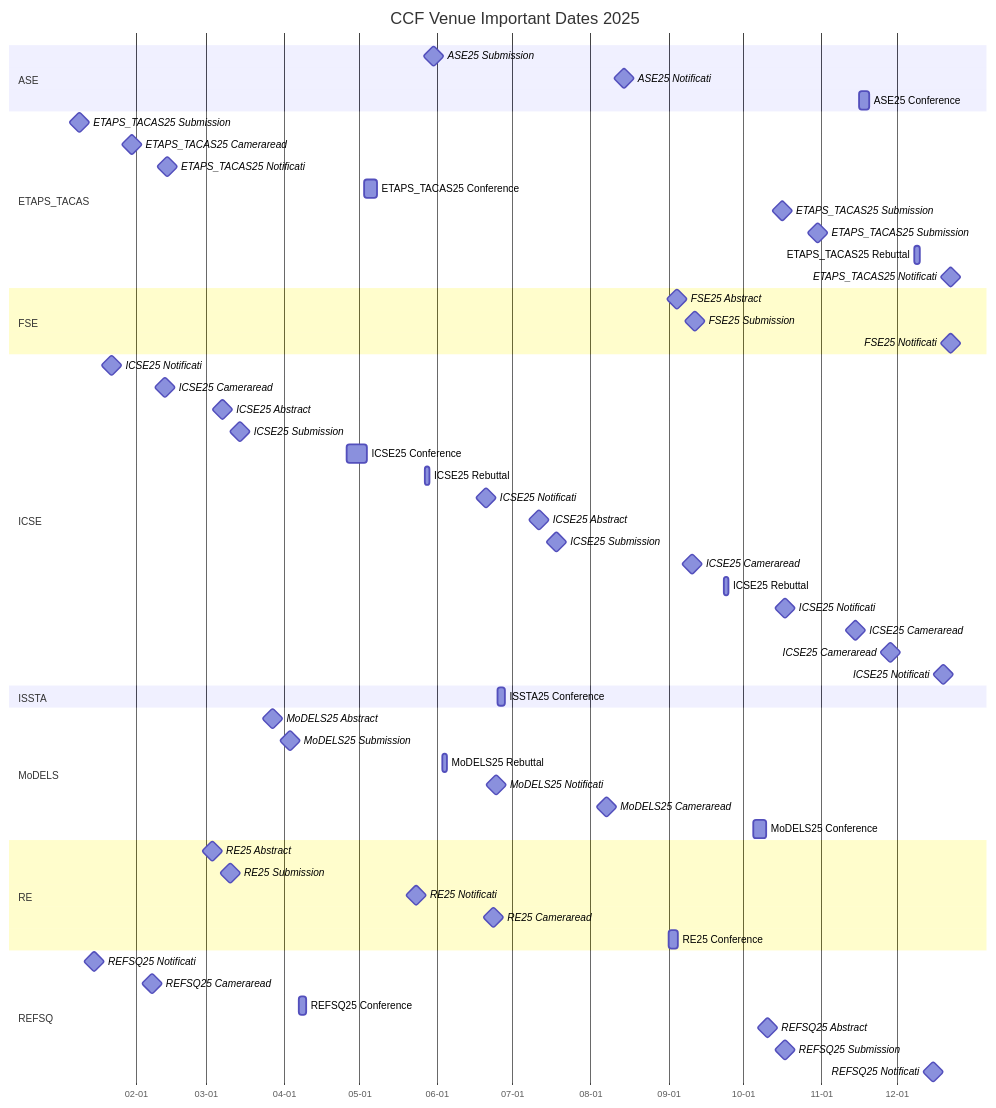
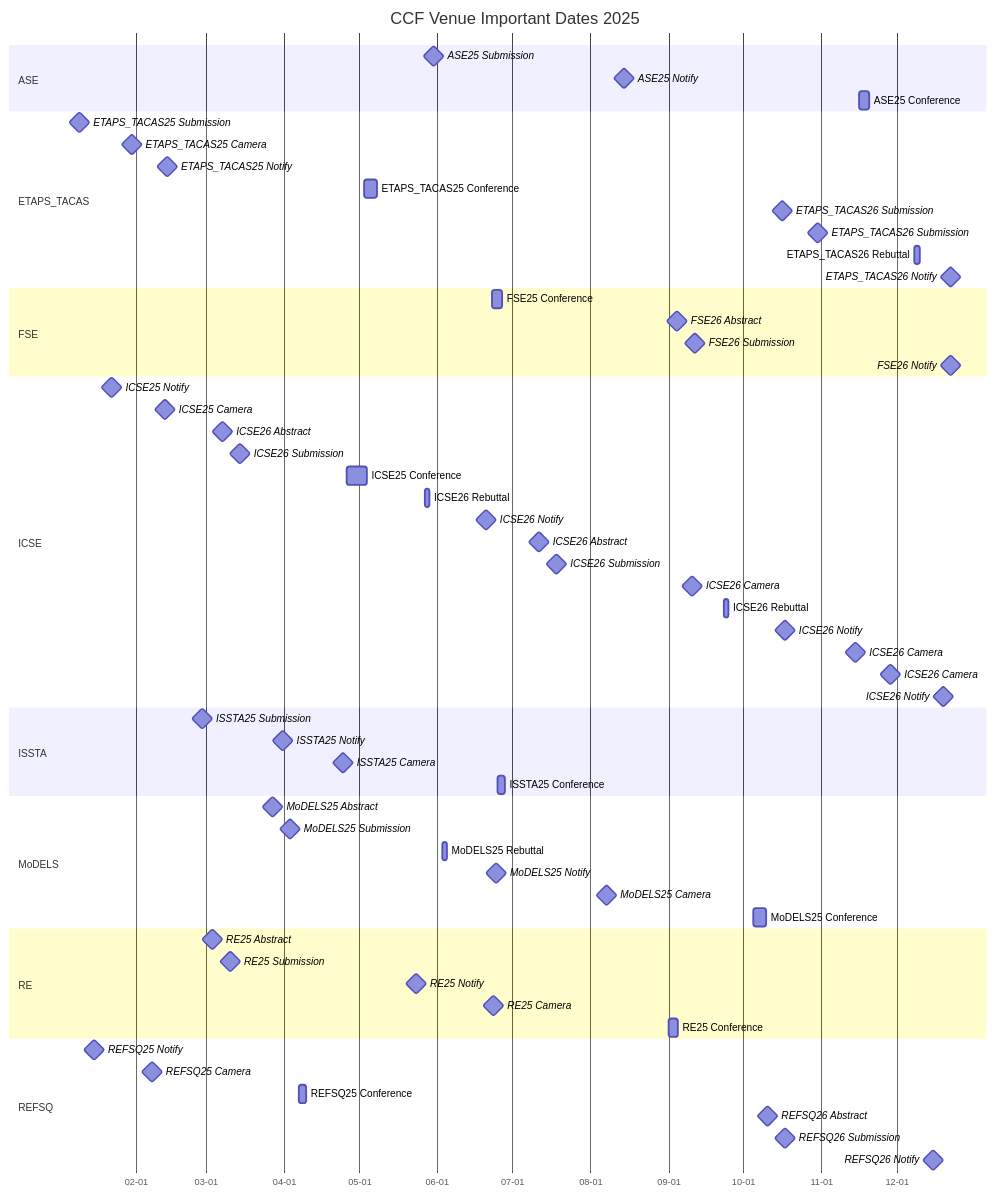
One commit to HansBug/research_ideas changed the fourth of 9 diagrams in ccf_venues/TIMELINE.md. Above: the diagram before and after it, drawn with Mermaid. The commit also changed other lines of this file and 41 other files, not shown here.

````diff
--- a/ccf_venues/TIMELINE.md
+++ b/ccf_venues/TIMELINE.md
@@ -327,70 +332,74 @@
 ```mermaid
 gantt
   title CCF Venue Important Dates 2025
   dateFormat YYYY-MM-DD
   axisFormat %m-%d
 
   section ASE
   ASE25 Submission :milestone, ase_2025_1_20250530, 2025-05-30, 1d
-  ASE25 Notificati :milestone, ase_2025_2_20250814, 2025-08-14, 1d
+  ASE25 Notify :milestone, ase_2025_2_20250814, 2025-08-14, 1d
   ASE25 Conference :ase_2025_3_20251116, 2025-11-16, 2025-11-20
 
   section ETAPS_TACAS
   ETAPS_TACAS25 Submission :milestone, etaps_tacas_2025_1_20250109, 2025-01-09, 1d
-  ETAPS_TACAS25 Cameraread :milestone, etaps_tacas_2025_2_20250130, 2025-01-30, 1d
-  ETAPS_TACAS25 Notificati :milestone, etaps_tacas_2025_3_20250213, 2025-02-13, 1d
+  ETAPS_TACAS25 Camera :milestone, etaps_tacas_2025_2_20250130, 2025-01-30, 1d
+  ETAPS_TACAS25 Notify :milestone, etaps_tacas_2025_3_20250213, 2025-02-13, 1d
   ETAPS_TACAS25 Conference :etaps_tacas_2025_4_20250503, 2025-05-03, 2025-05-08
-  ETAPS_TACAS25 Submission :milestone, etaps_tacas_2025_5_20251016, 2025-10-16, 1d
-  ETAPS_TACAS25 Submission :milestone, etaps_tacas_2025_6_20251030, 2025-10-30, 1d
-  ETAPS_TACAS25 Rebuttal :etaps_tacas_2025_7_20251208, 2025-12-08, 2025-12-10
-  ETAPS_TACAS25 Notificati :milestone, etaps_tacas_2025_8_20251222, 2025-12-22, 1d
+  ETAPS_TACAS26 Submission :milestone, etaps_tacas_2025_5_20251016, 2025-10-16, 1d
+  ETAPS_TACAS26 Submission :milestone, etaps_tacas_2025_6_20251030, 2025-10-30, 1d
+  ETAPS_TACAS26 Rebuttal :etaps_tacas_2025_7_20251208, 2025-12-08, 2025-12-10
+  ETAPS_TACAS26 Notify :milestone, etaps_tacas_2025_8_20251222, 2025-12-22, 1d
 
   section FSE
-  FSE25 Abstract :milestone, fse_2025_1_20250904, 2025-09-04, 1d
-  FSE25 Submission :milestone, fse_2025_2_20250911, 2025-09-11, 1d
-  FSE25 Notificati :milestone, fse_2025_3_20251222, 2025-12-22, 1d
+  FSE25 Conference :fse_2025_1_20250623, 2025-06-23, 2025-06-27
+  FSE26 Abstract :milestone, fse_2025_2_20250904, 2025-09-04, 1d
+  FSE26 Submission :milestone, fse_2025_3_20250911, 2025-09-11, 1d
+  FSE26 Notify :milestone, fse_2025_4_20251222, 2025-12-22, 1d
 
   section ICSE
-  ICSE25 Notificati :milestone, icse_2025_1_20250122, 2025-01-22, 1d
-  ICSE25 Cameraread :milestone, icse_2025_2_20250212, 2025-02-12, 1d
-  ICSE25 Abstract :milestone, icse_2025_3_20250307, 2025-03-07, 1d
-  ICSE25 Submission :milestone, icse_2025_4_20250314, 2025-03-14, 1d
+  ICSE25 Notify :milestone, icse_2025_1_20250122, 2025-01-22, 1d
+  ICSE25 Camera :milestone, icse_2025_2_20250212, 2025-02-12, 1d
+  ICSE26 Abstract :milestone, icse_2025_3_20250307, 2025-03-07, 1d
+  ICSE26 Submission :milestone, icse_2025_4_20250314, 2025-03-14, 1d
   ICSE25 Conference :icse_2025_5_20250426, 2025-04-26, 2025-05-04
-  ICSE25 Rebuttal :icse_2025_6_20250527, 2025-05-27, 2025-05-29
-  ICSE25 Notificati :milestone, icse_2025_7_20250620, 2025-06-20, 1d
-  ICSE25 Abstract :milestone, icse_2025_8_20250711, 2025-07-11, 1d
-  ICSE25 Submission :milestone, icse_2025_9_20250718, 2025-07-18, 1d
-  ICSE25 Cameraread :milestone, icse_2025_10_20250910, 2025-09-10, 1d
-  ICSE25 Rebuttal :icse_2025_11_20250923, 2025-09-23, 2025-09-25
-  ICSE25 Notificati :milestone, icse_2025_12_20251017, 2025-10-17, 1d
-  ICSE25 Cameraread :milestone, icse_2025_13_20251114, 2025-11-14, 1d
-  ICSE25 Cameraread :milestone, icse_2025_14_20251128, 2025-11-28, 1d
-  ICSE25 Notificati :milestone, icse_2025_15_20251219, 2025-12-19, 1d
+  ICSE26 Rebuttal :icse_2025_6_20250527, 2025-05-27, 2025-05-29
+  ICSE26 Notify :milestone, icse_2025_7_20250620, 2025-06-20, 1d
+  ICSE26 Abstract :milestone, icse_2025_8_20250711, 2025-07-11, 1d
+  ICSE26 Submission :milestone, icse_2025_9_20250718, 2025-07-18, 1d
+  ICSE26 Camera :milestone, icse_2025_10_20250910, 2025-09-10, 1d
+  ICSE26 Rebuttal :icse_2025_11_20250923, 2025-09-23, 2025-09-25
+  ICSE26 Notify :milestone, icse_2025_12_20251017, 2025-10-17, 1d
+  ICSE26 Camera :milestone, icse_2025_13_20251114, 2025-11-14, 1d
+  ICSE26 Camera :milestone, icse_2025_14_20251128, 2025-11-28, 1d
+  ICSE26 Notify :milestone, icse_2025_15_20251219, 2025-12-19, 1d
 
   section ISSTA
-  ISSTA25 Conference :issta_2025_1_20250625, 2025-06-25, 2025-06-28
+  ISSTA25 Submission :milestone, issta_2025_1_20250227, 2025-02-27, 1d
+  ISSTA25 Notify :milestone, issta_2025_2_20250331, 2025-03-31, 1d
+  ISSTA25 Camera :milestone, issta_2025_3_20250424, 2025-04-24, 1d
+  ISSTA25 Conference :issta_2025_4_20250625, 2025-06-25, 2025-06-28
 
   section MoDELS
   MoDELS25 Abstract :milestone, models_2025_1_20250327, 2025-03-27, 1d
   MoDELS25 Submission :milestone, models_2025_2_20250403, 2025-04-03, 1d
   MoDELS25 Rebuttal :models_2025_3_20250603, 2025-06-03, 2025-06-05
-  MoDELS25 Notificati :milestone, models_2025_4_20250624, 2025-06-24, 1d
-  MoDELS25 Cameraread :milestone, models_2025_5_20250807, 2025-08-07, 1d
+  MoDELS25 Notify :milestone, models_2025_4_20250624, 2025-06-24, 1d
+  MoDELS25 Camera :milestone, models_2025_5_20250807, 2025-08-07, 1d
   MoDELS25 Conference :models_2025_6_20251005, 2025-10-05, 2025-10-10
 
   section RE
   RE25 Abstract :milestone, re_2025_1_20250303, 2025-03-03, 1d
   RE25 Submission :milestone, re_2025_2_20250310, 2025-03-10, 1d
-  RE25 Notificati :milestone, re_2025_3_20250523, 2025-05-23, 1d
-  RE25 Cameraread :milestone, re_2025_4_20250623, 2025-06-23, 1d
+  RE25 Notify :milestone, re_2025_3_20250523, 2025-05-23, 1d
+  RE25 Camera :milestone, re_2025_4_20250623, 2025-06-23, 1d
   RE25 Conference :re_2025_5_20250901, 2025-09-01, 2025-09-05
 
   section REFSQ
-  REFSQ25 Notificati :milestone, refsq_2025_1_20250115, 2025-01-15, 1d
-  REFSQ25 Cameraread :milestone, refsq_2025_2_20250207, 2025-02-07, 1d
+  REFSQ25 Notify :milestone, refsq_2025_1_20250115, 2025-01-15, 1d
+  REFSQ25 Camera :milestone, refsq_2025_2_20250207, 2025-02-07, 1d
   REFSQ25 Conference :refsq_2025_3_20250407, 2025-04-07, 2025-04-10
-  REFSQ25 Abstract :milestone, refsq_2025_4_20251010, 2025-10-10, 1d
-  REFSQ25 Submission :milestone, refsq_2025_5_20251017, 2025-10-17, 1d
-  REFSQ25 Notificati :milestone, refsq_2025_6_20251215, 2025-12-15, 1d
+  REFSQ26 Abstract :milestone, refsq_2025_4_20251010, 2025-10-10, 1d
+  REFSQ26 Submission :milestone, refsq_2025_5_20251017, 2025-10-17, 1d
+  REFSQ26 Notify :milestone, refsq_2025_6_20251215, 2025-12-15, 1d
 
 ```
````
